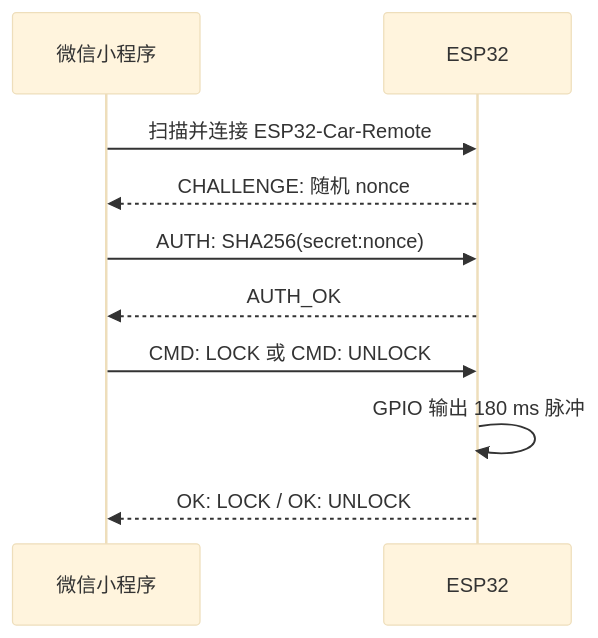
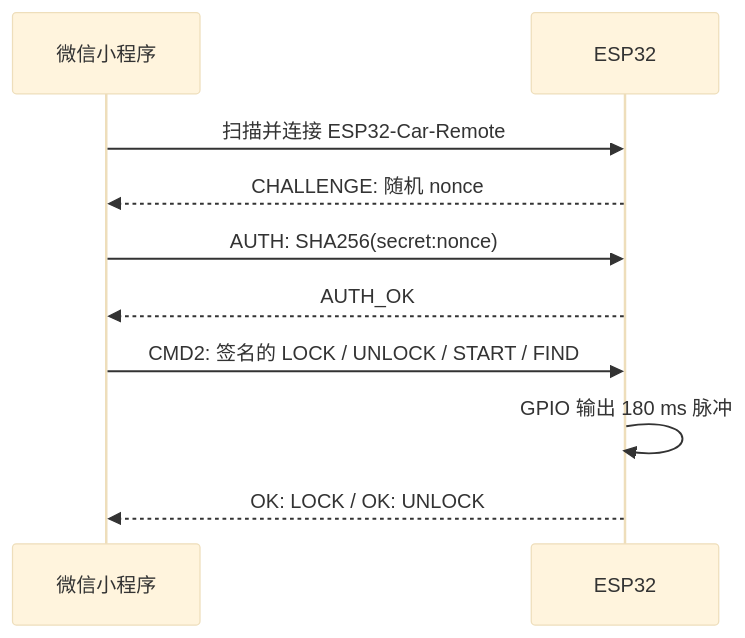
Before and after one commit to zgfh/esp32-wechat-ble-remote: the second of 2 diagrams in README.md, drawn with Mermaid (base theme). The commit also changed other lines of this file and 34 other files, not shown here.

````diff
--- a/README.md
+++ b/README.md
@@ -24,12 +26,12 @@
 ```mermaid
 sequenceDiagram
   participant MP as 微信小程序
   participant ESP as ESP32
   MP->>ESP: 扫描并连接 ESP32-Car-Remote
   ESP-->>MP: CHALLENGE: 随机 nonce
   MP->>ESP: AUTH: SHA256(secret:nonce)
   ESP-->>MP: AUTH_OK
-  MP->>ESP: CMD: LOCK 或 CMD: UNLOCK
+  MP->>ESP: CMD2: 签名的 LOCK / UNLOCK / START / FIND
   ESP->>ESP: GPIO 输出 180 ms 脉冲
   ESP-->>MP: OK: LOCK / OK: UNLOCK
 ```
````
